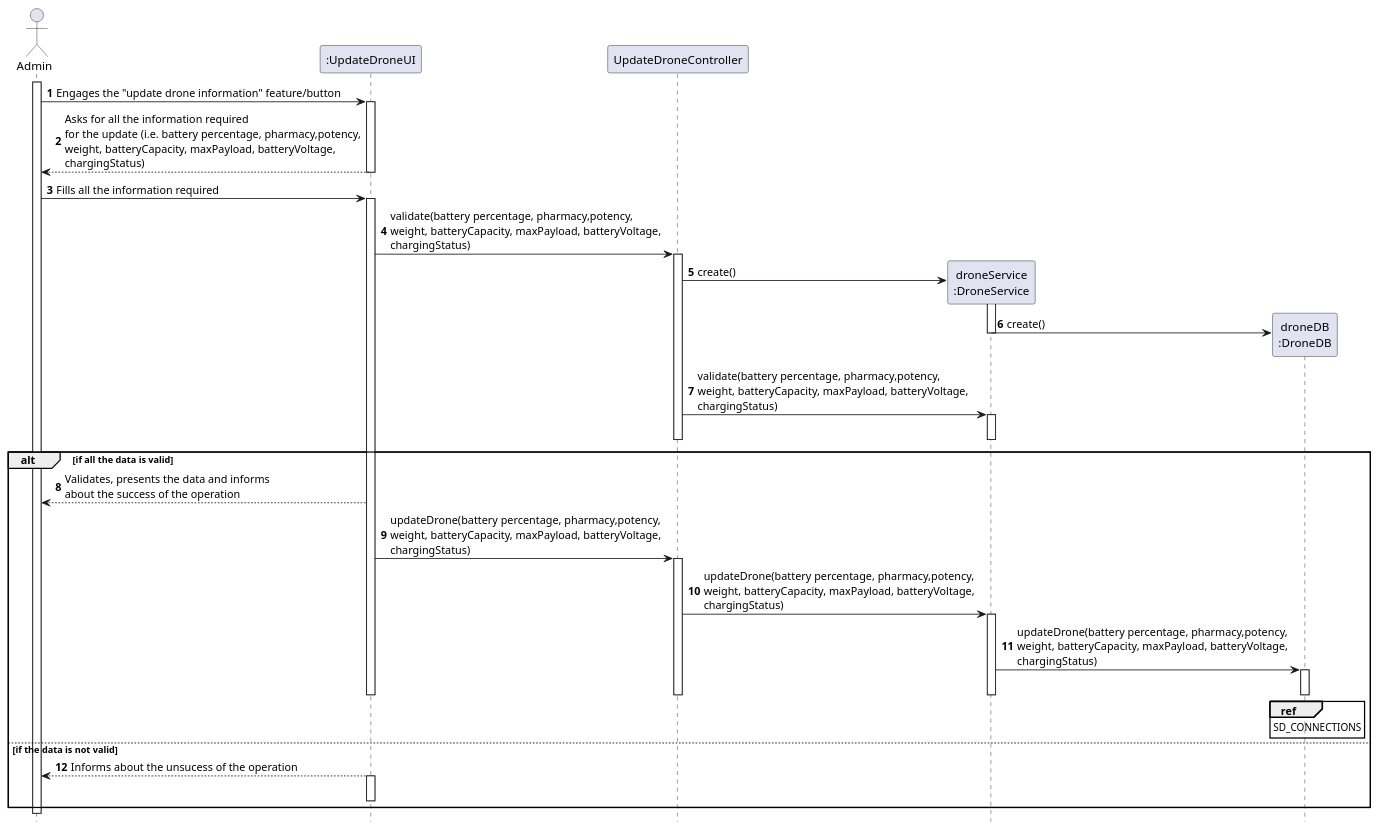
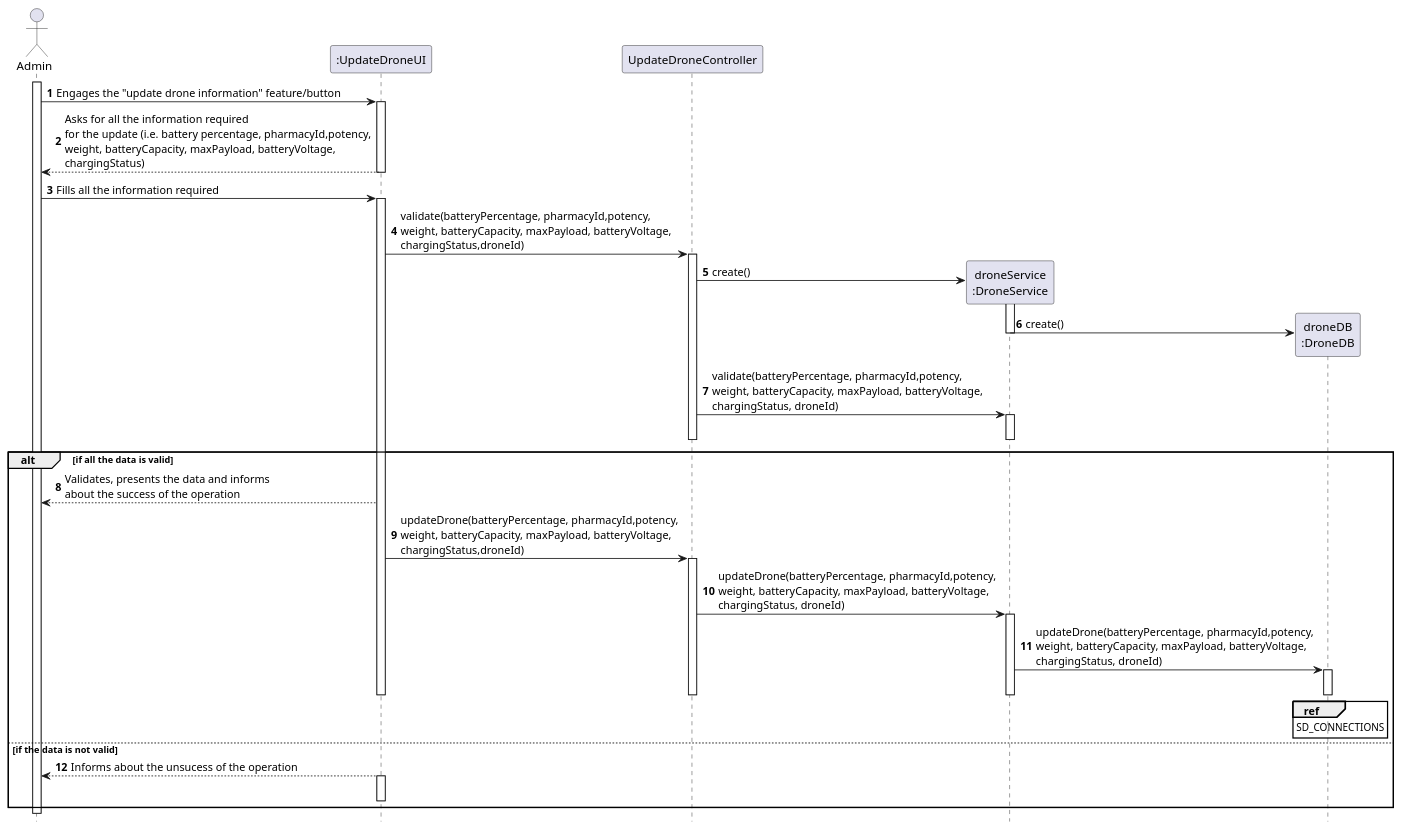
The diagram in docs/Iteration 2/Drone Management/US195_UpdateDrone/US195_SD.puml (tiagoavcosta25/LAPR3), drawn with PlantUML before and after one commit. The commit also changed 8 other files, not shown here.

Commit message:
LAPR2AP2-241 #close Update Drone Information [Implementation]

```diff
--- a/docs/Iteration 2/Drone Management/US195_UpdateDrone/US195_SD.puml
+++ b/docs/Iteration 2/Drone Management/US195_UpdateDrone/US195_SD.puml
@@ -1,60 +1,60 @@
 @startuml
 autonumber
 hide footbox
 
 actor "Admin" as U
 
 participant ":UpdateDroneUI" as SYST
 participant "UpdateDroneController" as CTRL
 participant "droneService\n:DroneService" as DS
 participant "droneDB\n:DroneDB" as DB
 activate U
 
 
 U -> SYST : Engages the "update drone information" feature/button
 activate SYST
-SYST --> U : Asks for all the information required \nfor the update (i.e. battery percentage, pharmacy,potency,\nweight, batteryCapacity, maxPayload, batteryVoltage, \nchargingStatus)
+SYST --> U : Asks for all the information required \nfor the update (i.e. battery percentage, pharmacyId,potency,\nweight, batteryCapacity, maxPayload, batteryVoltage, \nchargingStatus)
 deactivate SYST
 
 U -> SYST : Fills all the information required
 activate SYST
-SYST -> CTRL : validate(battery percentage, pharmacy,potency,\nweight, batteryCapacity, maxPayload, batteryVoltage, \nchargingStatus)
+SYST -> CTRL : validate(batteryPercentage, pharmacyId,potency,\nweight, batteryCapacity, maxPayload, batteryVoltage, \nchargingStatus,droneId)
 activate CTRL
 CTRL -> DS** : create()
 activate DS
 DS -> DB** : create()
 deactivate DS
-CTRL -> DS : validate(battery percentage, pharmacy,potency,\nweight, batteryCapacity, maxPayload, batteryVoltage, \nchargingStatus)
+CTRL -> DS : validate(batteryPercentage, pharmacyId,potency,\nweight, batteryCapacity, maxPayload, batteryVoltage, \nchargingStatus, droneId)
 activate DS
 deactivate DS
 deactivate CTRL
 alt if all the data is valid
 SYST --> U : Validates, presents the data and informs\nabout the success of the operation
-SYST -> CTRL : updateDrone(battery percentage, pharmacy,potency,\nweight, batteryCapacity, maxPayload, batteryVoltage, \nchargingStatus)
+SYST -> CTRL : updateDrone(batteryPercentage, pharmacyId,potency,\nweight, batteryCapacity, maxPayload, batteryVoltage, \nchargingStatus,droneId)
 activate CTRL
-CTRL -> DS : updateDrone(battery percentage, pharmacy,potency,\nweight, batteryCapacity, maxPayload, batteryVoltage, \nchargingStatus)
+CTRL -> DS : updateDrone(batteryPercentage, pharmacyId,potency,\nweight, batteryCapacity, maxPayload, batteryVoltage, \nchargingStatus, droneId)
 activate DS
-DS -> DB : updateDrone(battery percentage, pharmacy,potency,\nweight, batteryCapacity, maxPayload, batteryVoltage, \nchargingStatus)
+DS -> DB : updateDrone(batteryPercentage, pharmacyId,potency,\nweight, batteryCapacity, maxPayload, batteryVoltage, \nchargingStatus, droneId)
 activate DB
 ref over DB
 SD_CONNECTIONS
 end ref
 deactivate SYST
 
 
 
 deactivate DB
 deactivate DS
 deactivate CTRL
 
 deactivate SYST
 else if the data is not valid
 
 SYST --> U : Informs about the unsucess of the operation
 activate SYST
 deactivate SYST
 end
 
 deactivate U
 
 @enduml
```
